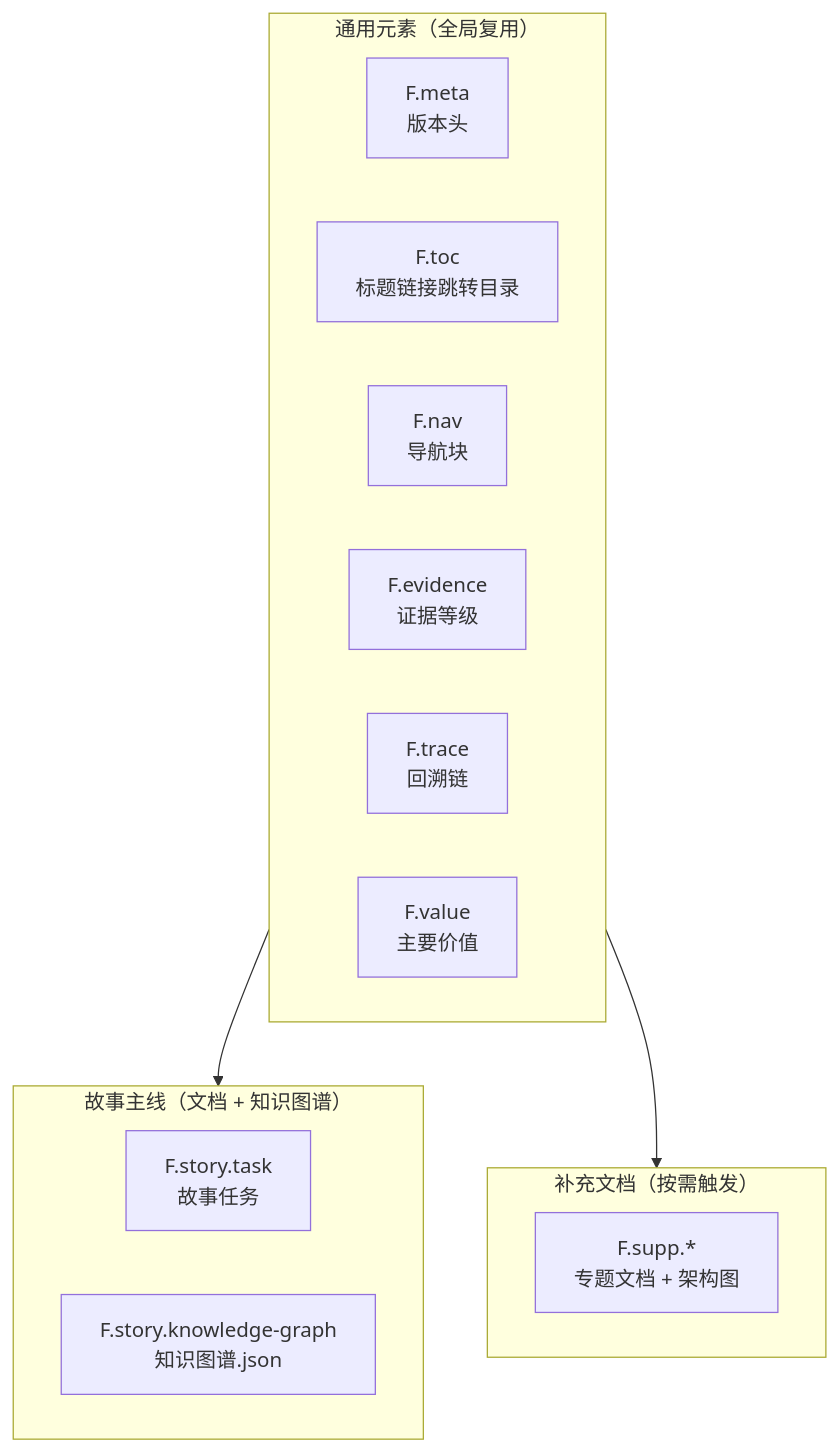
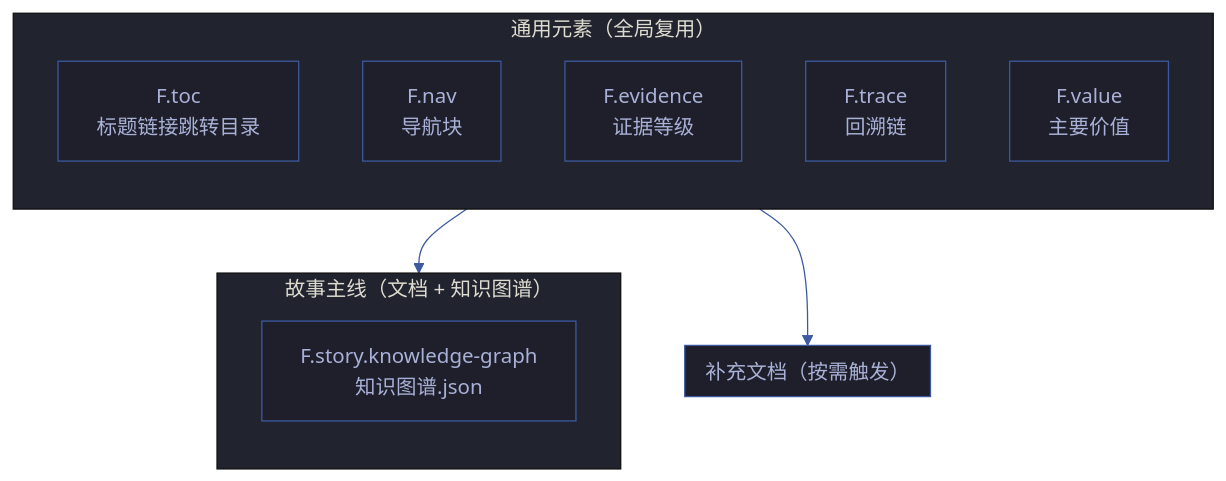
The first of 7 diagrams in skills/rui/formulas.md (effiy/YrY), drawn with Mermaid before and after one commit. The commit also changed other lines of this file and 42 other files, not shown here.

First line of the commit message:
feat: apply Mermaid authoring rules (M1-M12) across entire codebase

````diff
--- a/skills/rui/formulas.md
+++ b/skills/rui/formulas.md
@@ -7,27 +7,36 @@
 ```mermaid
+%%{init: {'theme': 'base', 'themeVariables': {
+  'primaryColor': '#1e1f2b',
+  'primaryTextColor': '#a9b1d6',
+  'primaryBorderColor': '#3d59a1',
+  'lineColor': '#3d59a1',
+  'secondaryColor': '#2b2d3b',
+  'tertiaryColor': '#21232f'
+}}}%%
 flowchart TB
     subgraph 通用["通用元素（全局复用）"]
-        F.meta["F.meta<br/>版本头"]
+        direction TB
         F.toc["F.toc<br/>标题链接跳转目录"]
         F.nav["F.nav<br/>导航块"]
         F.evidence["F.evidence<br/>证据等级"]
         F.trace["F.trace<br/>回溯链"]
         F.value["F.value<br/>主要价值"]
     end
 
     subgraph 主线["故事主线（文档 + 知识图谱）"]
-        F01["F.story.task<br/>故事任务"]
+        direction TB
         F02["F.story.knowledge-graph<br/>知识图谱.json"]
     end
 
     subgraph 补充["补充文档（按需触发）"]
-        FS["F.supp.*<br/>专题文档 + 架构图"]
+        direction TB
     end
 
     通用 --> 主线
     通用 --> 补充
 
     class F.meta,F.toc,F.nav,F.evidence,F.trace,F.value gen;
     class F01,F02 story;
     class FS supp;
+
 ```
````
